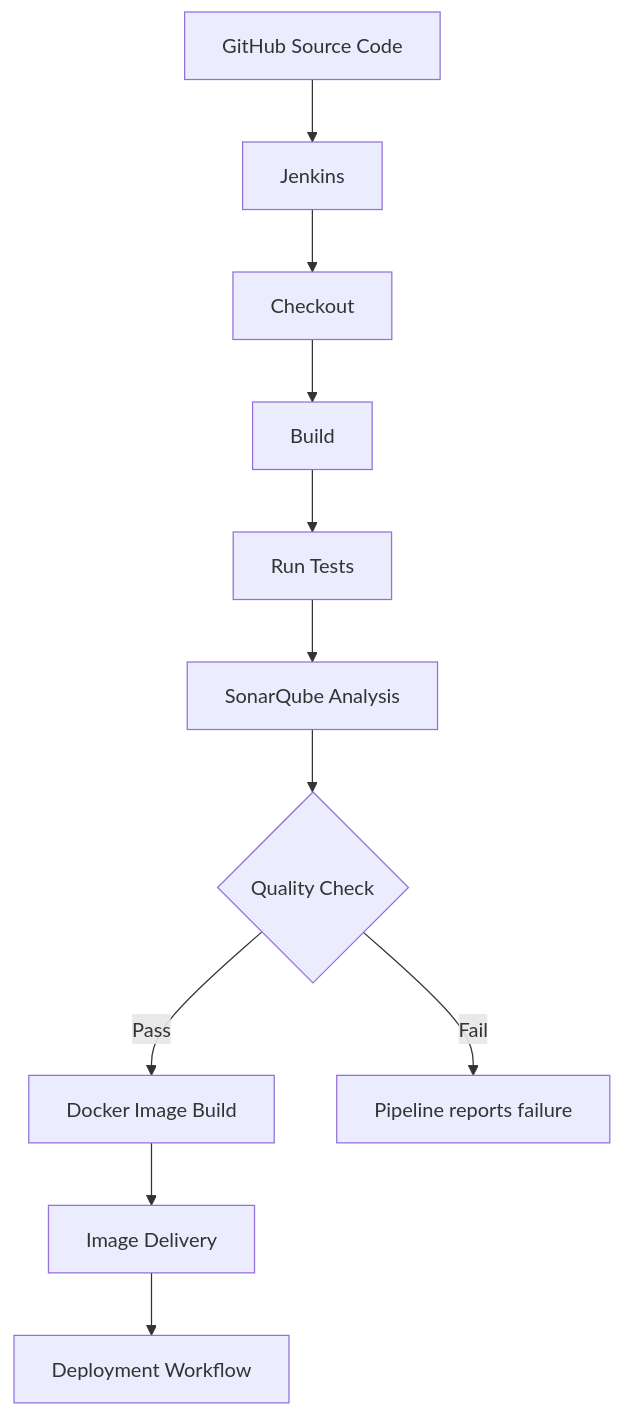
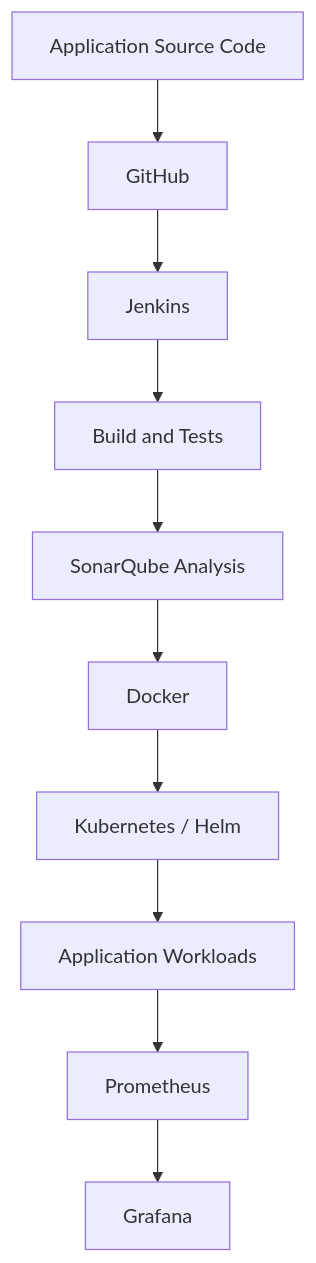
Before and after one commit to kantamnenimanusha/cloudops-360: the second of 3 diagrams in README.md, drawn with Mermaid. The commit also changed other lines of this file, not shown here.

````diff
--- a/README.md
+++ b/README.md
@@ -376,18 +203,23 @@
 ```mermaid
 flowchart TD
-    A["GitHub Source Code"]
-    B["Jenkins"]
-    C["Checkout"]
-    D["Build"]
-    E["Run Tests"]
-    F["SonarQube Analysis"]
-    G{"Quality Check"}
-    H["Docker Image Build"]
-    I["Image Delivery"]
-    J["Deployment Workflow"]
+    A["Application Source Code"]
+    B["GitHub"]
+    C["Jenkins"]
+    D["Build and Tests"]
+    E["SonarQube Analysis"]
+    F["Docker"]
+    G["Kubernetes / Helm"]
+    H["Application Workloads"]
+    I["Prometheus"]
+    J["Grafana"]
 
-    A --> B --> C --> D --> E --> F --> G
-    G -->|Pass| H
-    G -->|Fail| X["Pipeline reports failure"]
-    H --> I --> J
+    A --> B
+    B --> C
+    C --> D
+    D --> E
+    E --> F
+    F --> G
+    G --> H
+    H --> I
+    I --> J
 ```
````
